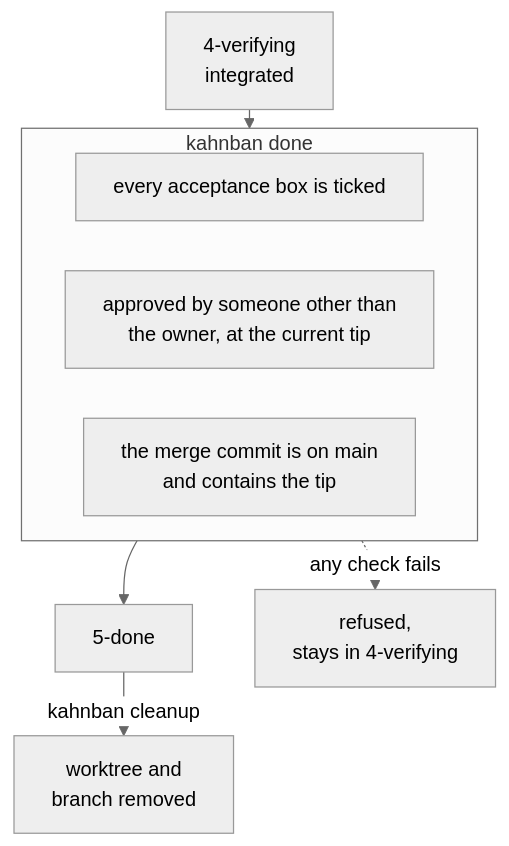
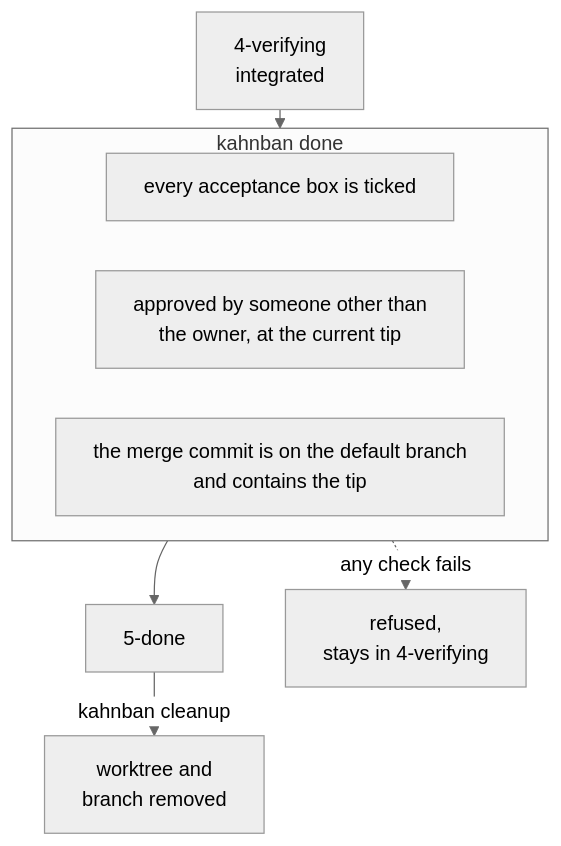
Before and after one commit to HeWhoRoams/Kahnban: the fifth of 9 diagrams in docs/how-it-works.md, drawn with Mermaid (neutral theme). The commit also changed other lines of this file and 1 other file, not shown here.

First line of the commit message:
docs: make the gate diagrams match the engine

````diff
--- a/docs/how-it-works.md
+++ b/docs/how-it-works.md
@@ -146,21 +151,21 @@
 ```mermaid
 ---
 config:
   flowchart:
     useMaxWidth: false
     rankSpacing: 15
     wrappingWidth: 400
 ---
 flowchart TD
   from["4-verifying<br/>integrated"] --> gate
   subgraph gate["kahnban done"]
     direction TB
     d1["every acceptance box is ticked"]
     d2["approved by someone other than<br/>the owner, at the current tip"]
-    d3["the merge commit is on main<br/>and contains the tip"]
+    d3["the merge commit is on the default branch<br/>and contains the tip"]
     d1 ~~~ d2 ~~~ d3
   end
   gate --> to["5-done"]
   to -->|kahnban cleanup| gone["worktree and<br/>branch removed"]
   gate -.->|any check fails| stay["refused,<br/>stays in 4-verifying"]
 ```
````
